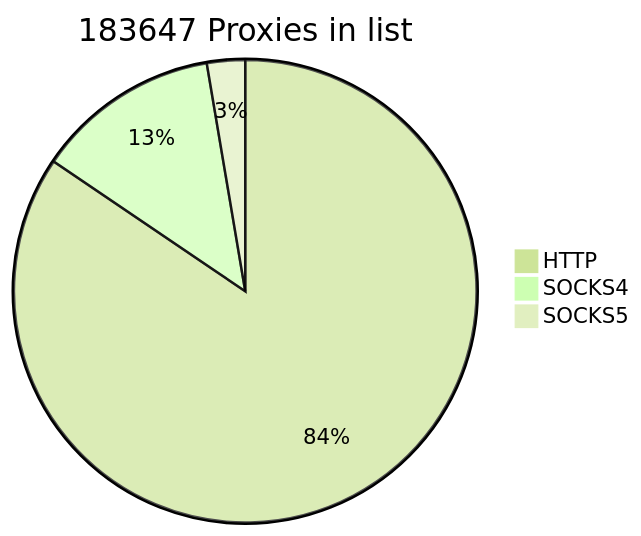
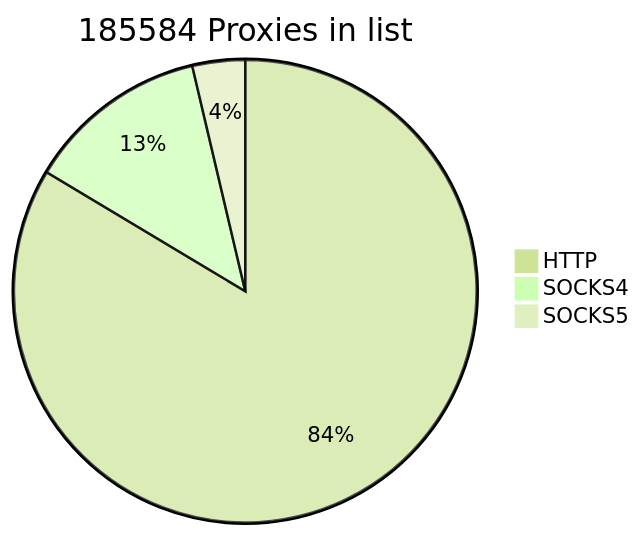
The first of 2 diagrams in README.md (cutipu/proxylist), drawn with Mermaid (forest theme) before and after one commit. The commit also changed other lines of this file, not shown here.

````diff
--- a/README.md
+++ b/README.md
@@ -2,7 +2,7 @@
 ```mermaid
-pie title 183647 Proxies in list
+pie title 185584 Proxies in list
     "HTTP" : 155135
     "SOCKS4" : 23620
-    "SOCKS5" : 4892
+    "SOCKS5" : 6829
             
 ```
````
